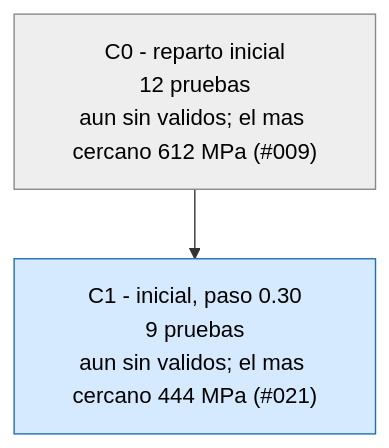
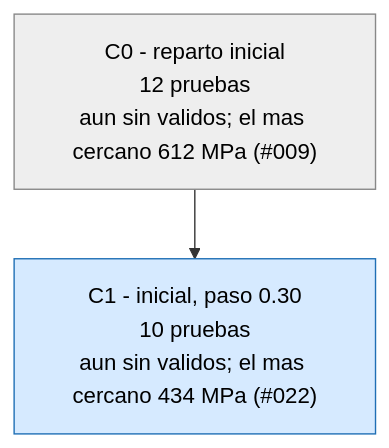
The third of 3 diagrams in runs/opt_37800N/ARBOL.md (Hugiko/msd-soporte-optimizacion), drawn with Mermaid before and after one commit. The commit also changed 21 other files, not shown here.

````diff
--- a/runs/opt_37800N/ARBOL.md
+++ b/runs/opt_37800N/ARBOL.md
@@ -33,9 +33,9 @@
 ```mermaid
 graph TD
 classDef activa fill:#d6eaff,stroke:#1f6fb5,color:#000
 classDef fin fill:#eeeeee,stroke:#888,color:#000
 classDef mejor fill:#c8f0c0,stroke:#1a9850,stroke-width:4px,color:#000
 C0["C0 - reparto inicial<br/>12 pruebas<br/>aun sin validos; el mas cercano 612 MPa (#009)"]:::fin
-C1["C1 - inicial, paso 0.30<br/>9 pruebas<br/>aun sin validos; el mas cercano 444 MPa (#021)"]:::activa
+C1["C1 - inicial, paso 0.30<br/>10 pruebas<br/>aun sin validos; el mas cercano 434 MPa (#022)"]:::activa
 C0 --> C1
 ```
````
